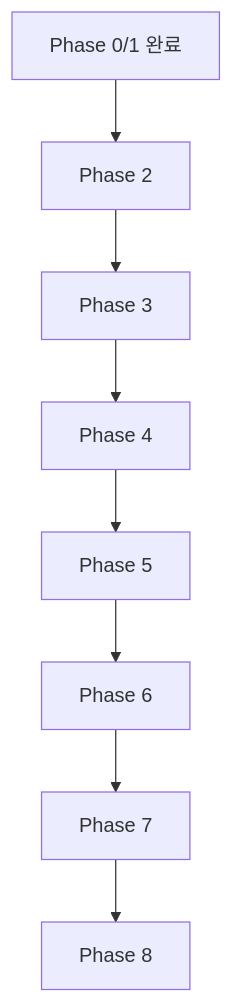
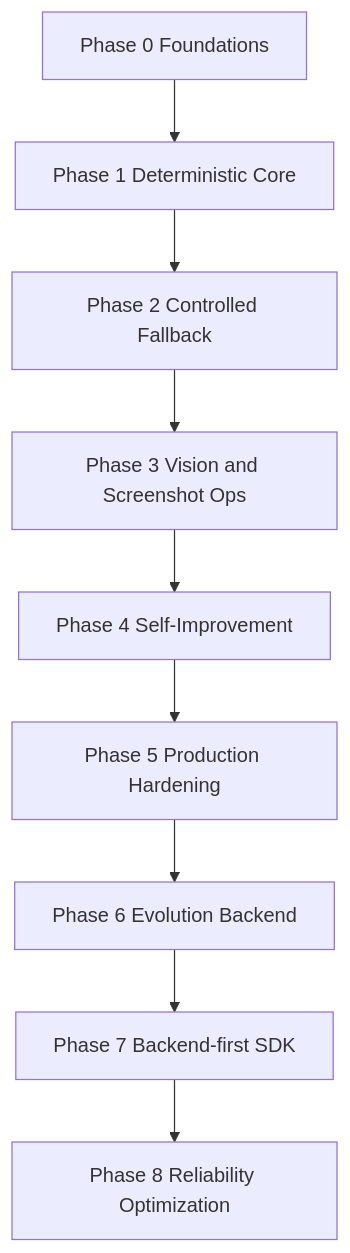
One commit to jedikim/web-testing changed the diagram in doc/CODEX-IMPLEMENTATION-PLAN.md. Above: the diagram before and after it, drawn with Mermaid. The commit also changed other lines of this file and 27 other files, not shown here.

Commit message:
docs: refresh bilingual docs for current architecture and operations

````diff
--- a/doc/CODEX-IMPLEMENTATION-PLAN.md
+++ b/doc/CODEX-IMPLEMENTATION-PLAN.md
@@ -244,10 +16,11 @@
 ```mermaid
 flowchart TD
-    A["Phase 0/1 완료"] --> B["Phase 2"]
-    B --> C["Phase 3"]
-    C --> D["Phase 4"]
-    D --> E["Phase 5"]
-    E --> F["Phase 6"]
-    F --> G["Phase 7"]
-    G --> H["Phase 8"]
+    P0[Phase 0 Foundations] --> P1[Phase 1 Deterministic Core]
+    P1 --> P2[Phase 2 Controlled Fallback]
+    P2 --> P3[Phase 3 Vision and Screenshot Ops]
+    P3 --> P4[Phase 4 Self-Improvement]
+    P4 --> P5[Phase 5 Production Hardening]
+    P5 --> P6[Phase 6 Evolution Backend]
+    P6 --> P7[Phase 7 Backend-first SDK]
+    P7 --> P8[Phase 8 Reliability Optimization]
 ```
````
